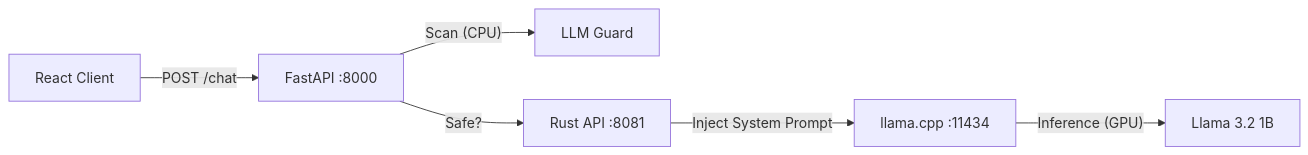
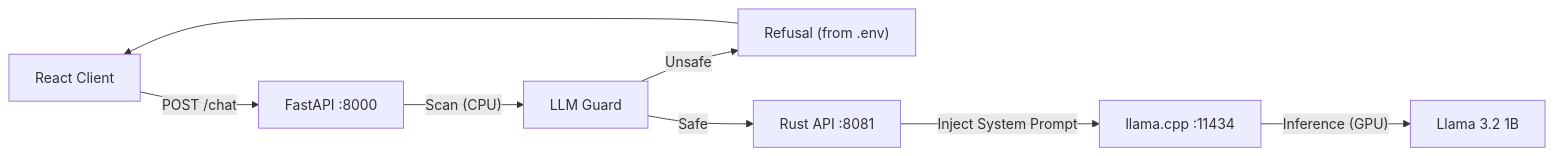
The diagram in README.md (J-Code-Sigma/llama3.2-i74790-gtx960-cuda-fastapi-rust-chat), drawn with Mermaid before and after one commit.

Commit message:
readme update fork

````diff
--- a/README.md
+++ b/README.md
@@ -20,8 +20,12 @@
 ```mermaid
 graph LR
     Client["React Client"] -->|"POST /chat"| FastAPI["FastAPI :8000"]
     FastAPI -->|"Scan (CPU)"| Scanners["LLM Guard"]
-    FastAPI -->|"Safe?"| RustAPI["Rust API :8081"]
+    
+    Scanners -->|"Unsafe"| Block["Refusal (from .env)"]
+    Block --> Client
+    
+    Scanners -->|"Safe"| RustAPI["Rust API :8081"]
     RustAPI -->|"Inject System Prompt"| LlamaCPP["llama.cpp :11434"]
     LlamaCPP -->|"Inference (GPU)"| Model["Llama 3.2 1B"]
 ```
````
